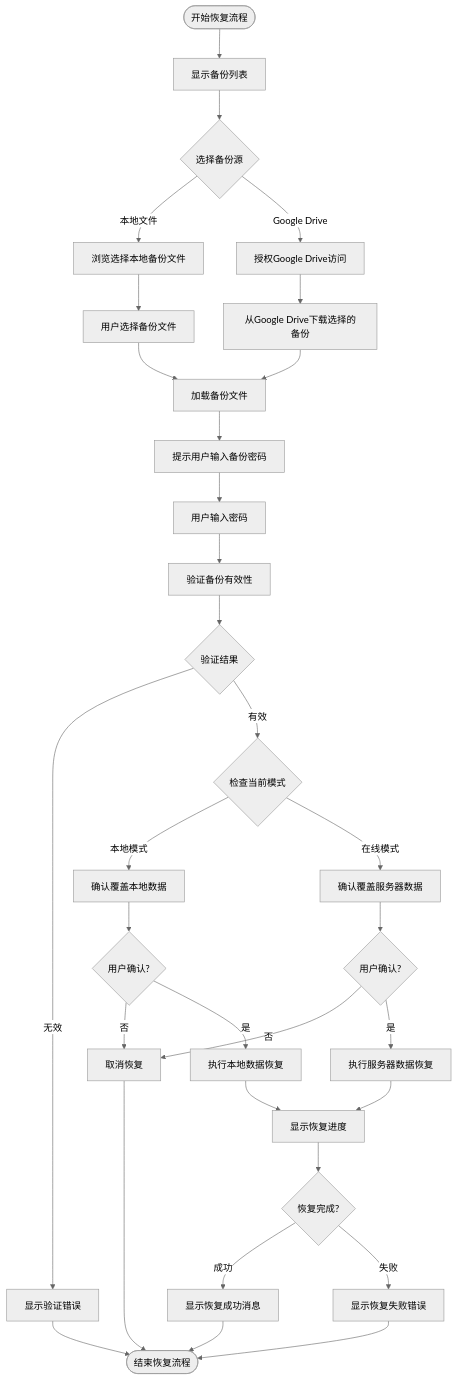
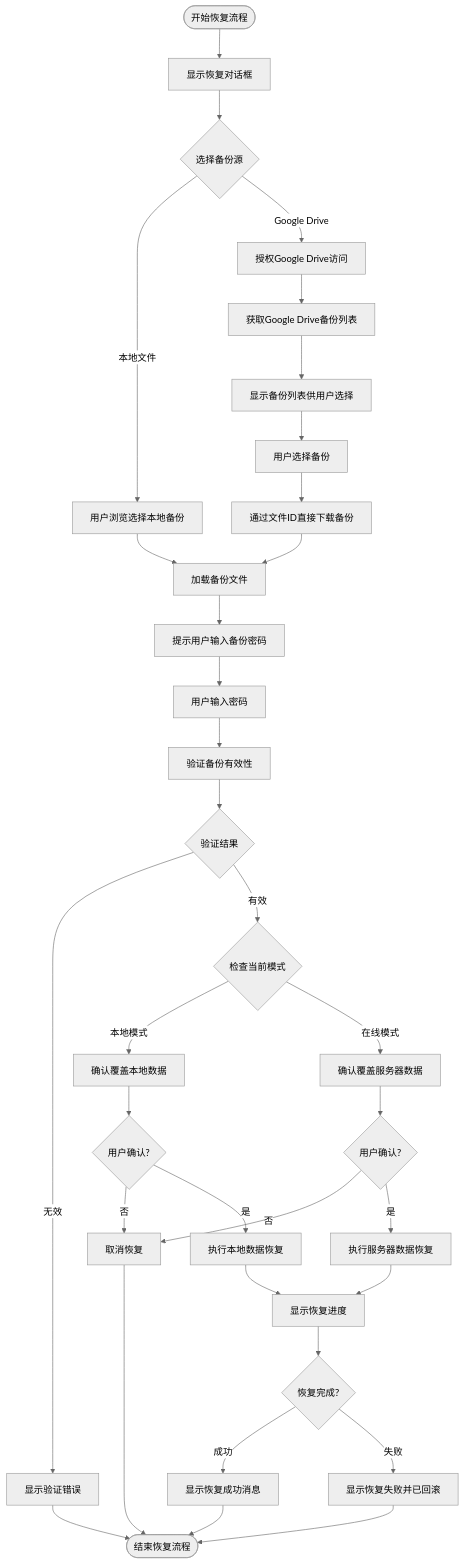
One commit to yingjianzh/iodraw-files changed the diagram in all/未命名-53.md. Above: the diagram before and after it, drawn with Mermaid (neutral theme).

Commit message:
2025-05-09 16:24:29 update

````diff
--- a/all/未命名-53.md
+++ b/all/未命名-53.md
@@ -1,47 +1,47 @@
 ```mermaid
-
 flowchart TD
-    Start([开始恢复流程]) --> ShowRestoreDialog[显示备份列表]
+    Start([开始恢复流程]) --> ShowRestoreDialog[显示恢复对话框]
     ShowRestoreDialog --> SelectSource{选择备份源}
     
-    SelectSource -->|本地文件| BrowseLocalFile[浏览选择本地备份文件]
+    SelectSource -->|本地文件| BrowseLocalFile[用户浏览选择本地备份]
     SelectSource -->|Google Drive| AuthGDrive[授权Google Drive访问]
     
-    BrowseLocalFile --> GetFileFromUser[用户选择备份文件]
-    GetFileFromUser --> LoadBackupFile[加载备份文件]
+    BrowseLocalFile --> LoadBackupFile[加载备份文件]
     
-    AuthGDrive -->  DownloadGDriveBackup[从Google Drive下载选择的备份]
+    AuthGDrive --> FetchBackupList[获取Google Drive备份列表]
+    FetchBackupList --> DisplayBackupsList[显示备份列表供用户选择]
+    DisplayBackupsList --> UserSelectsBackup[用户选择备份]
+    UserSelectsBackup --> DownloadGDriveBackup[通过文件ID直接下载备份]
     DownloadGDriveBackup --> LoadBackupFile
     
     LoadBackupFile --> PromptPassword[提示用户输入备份密码]
     PromptPassword --> UserEntersPassword[用户输入密码]
     UserEntersPassword --> ValidateBackup[验证备份有效性]
     
     ValidateBackup --> ValidationResult{验证结果}
     ValidationResult -->|无效| ShowValidationError[显示验证错误]
     ValidationResult -->|有效| CheckCurrentMode{检查当前模式}
     
     CheckCurrentMode -->|本地模式| ConfirmLocalRestore[确认覆盖本地数据]
     CheckCurrentMode -->|在线模式| ConfirmServerRestore[确认覆盖服务器数据]
     
     ConfirmLocalRestore --> UserConfirm1{用户确认?}
     UserConfirm1 -->|否| CancelRestore[取消恢复]
     UserConfirm1 -->|是| ExecuteLocalRestore[执行本地数据恢复]
     
     ConfirmServerRestore --> UserConfirm2{用户确认?}
     UserConfirm2 -->|否| CancelRestore
     UserConfirm2 -->|是| ExecuteServerRestore[执行服务器数据恢复]
     
     ExecuteLocalRestore --> ShowProgress[显示恢复进度]
     ExecuteServerRestore --> ShowProgress
     
     ShowProgress --> RestoreComplete{恢复完成?}
     RestoreComplete -->|成功| ShowSuccess[显示恢复成功消息]
-    RestoreComplete -->|失败| ShowError[显示恢复失败错误]
+    RestoreComplete -->|失败| ShowFailure[显示恢复失败并已回滚]
     
     ShowSuccess --> End([结束恢复流程])
-    ShowError --> End
+    ShowFailure --> End
     ShowValidationError --> End
     CancelRestore --> End
-
 ```
````
